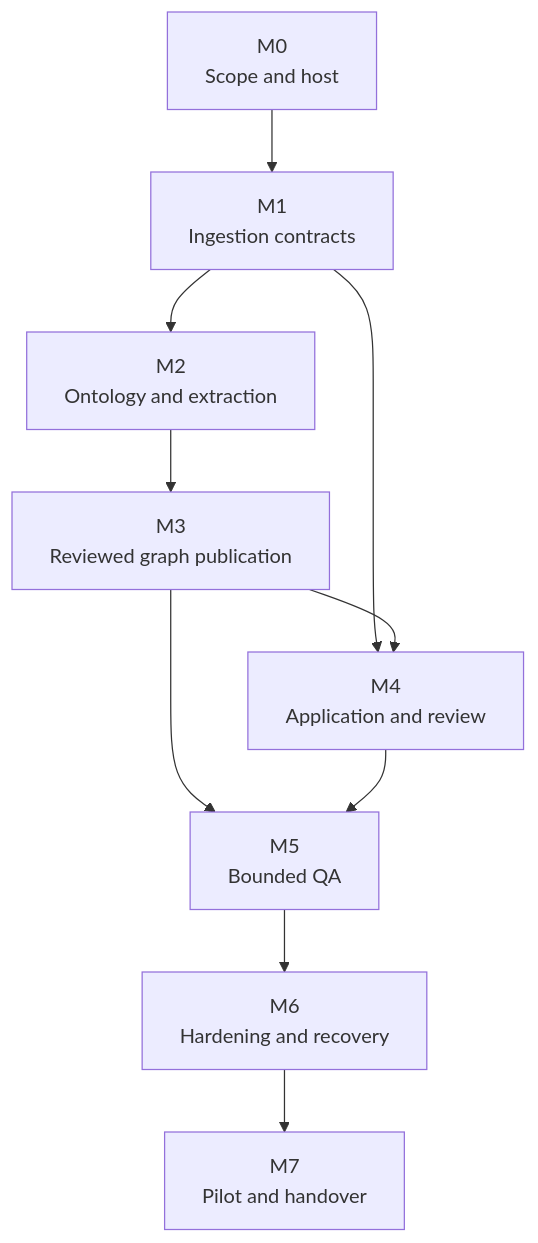
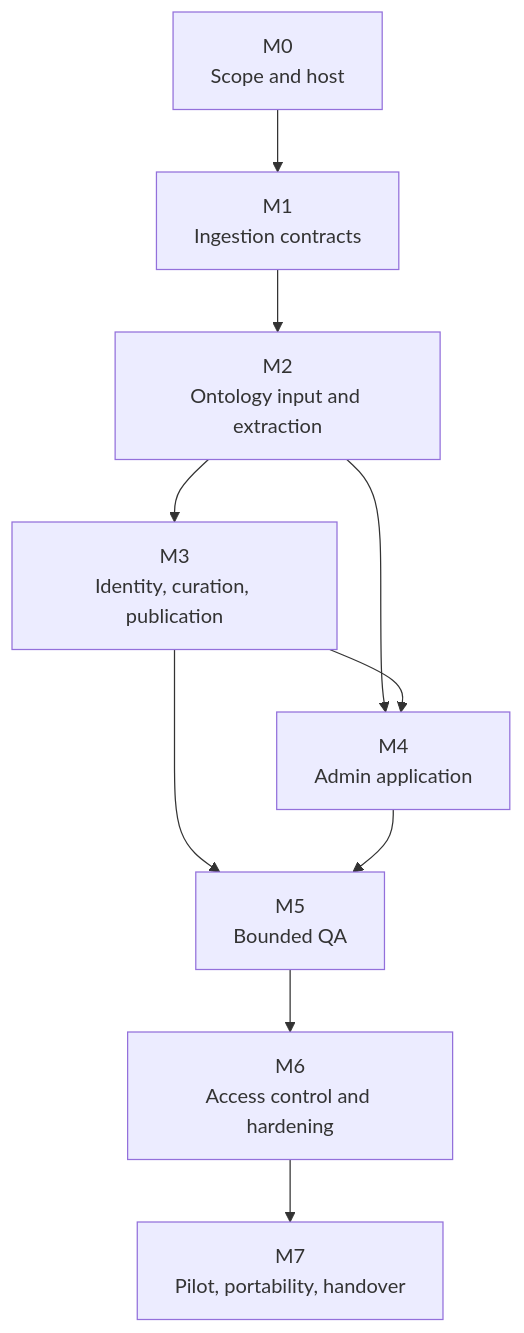
Before and after one commit to thaitri2005/Secure-O-G-LLM-and-Knowledge-Graph: the diagram in docs/DEVELOPMENT_PLAN.md, drawn with Mermaid. The commit also changed other lines of this file and 31 other files, not shown here.

````diff
--- a/docs/DEVELOPMENT_PLAN.md
+++ b/docs/DEVELOPMENT_PLAN.md
@@ -97,12 +107,12 @@
 ```mermaid
 flowchart TB
     M0["M0<br/>Scope and host"] --> M1["M1<br/>Ingestion contracts"]
-    M1 --> M2["M2<br/>Ontology and extraction"]
-    M2 --> M3["M3<br/>Reviewed graph publication"]
-    M1 --> M4["M4<br/>Application and review"]
+    M1 --> M2["M2<br/>Ontology input and extraction"]
+    M2 --> M3["M3<br/>Identity, curation, publication"]
+    M2 --> M4["M4<br/>Admin application"]
     M3 --> M4
     M3 --> M5["M5<br/>Bounded QA"]
     M4 --> M5
-    M5 --> M6["M6<br/>Hardening and recovery"]
-    M6 --> M7["M7<br/>Pilot and handover"]
+    M5 --> M6["M6<br/>Access control and hardening"]
+    M6 --> M7["M7<br/>Pilot, portability, handover"]
 ```
````
